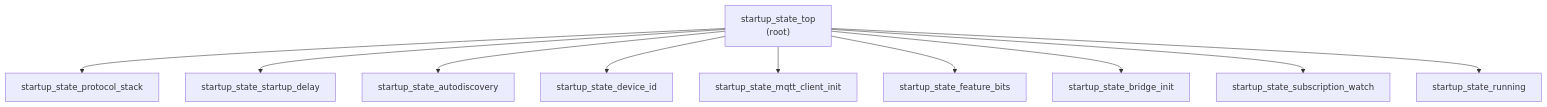
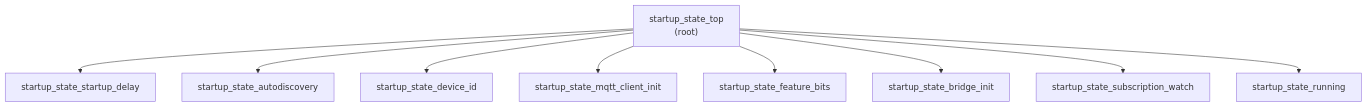
Before and after one commit to eddietheengineer/home-assistant-bridge-esphome: the second of 2 diagrams in docs/architecture/startup-sequence.md, drawn with Mermaid. The commit also changed other lines of this file and 8 other files, not shown here.

First line of the commit message:
Fix stale protocol_stack references flagged by code review

````diff
--- a/docs/architecture/startup-sequence.md
+++ b/docs/architecture/startup-sequence.md
@@ -186,23 +184,21 @@
 ```mermaid
 graph TB
     TOP["startup_state_top<br/>(root)"]
-    PS["startup_state_protocol_stack"]
     SD["startup_state_startup_delay"]
     AD["startup_state_autodiscovery"]
     DI["startup_state_device_id"]
     MC["startup_state_mqtt_client_init"]
     FB["startup_state_feature_bits"]
     BI["startup_state_bridge_init"]
     SW["startup_state_subscription_watch"]
     RN["startup_state_running"]
 
-    TOP --> PS
     TOP --> SD
     TOP --> AD
     TOP --> DI
     TOP --> MC
     TOP --> FB
     TOP --> BI
     TOP --> SW
     TOP --> RN
 ```
````
